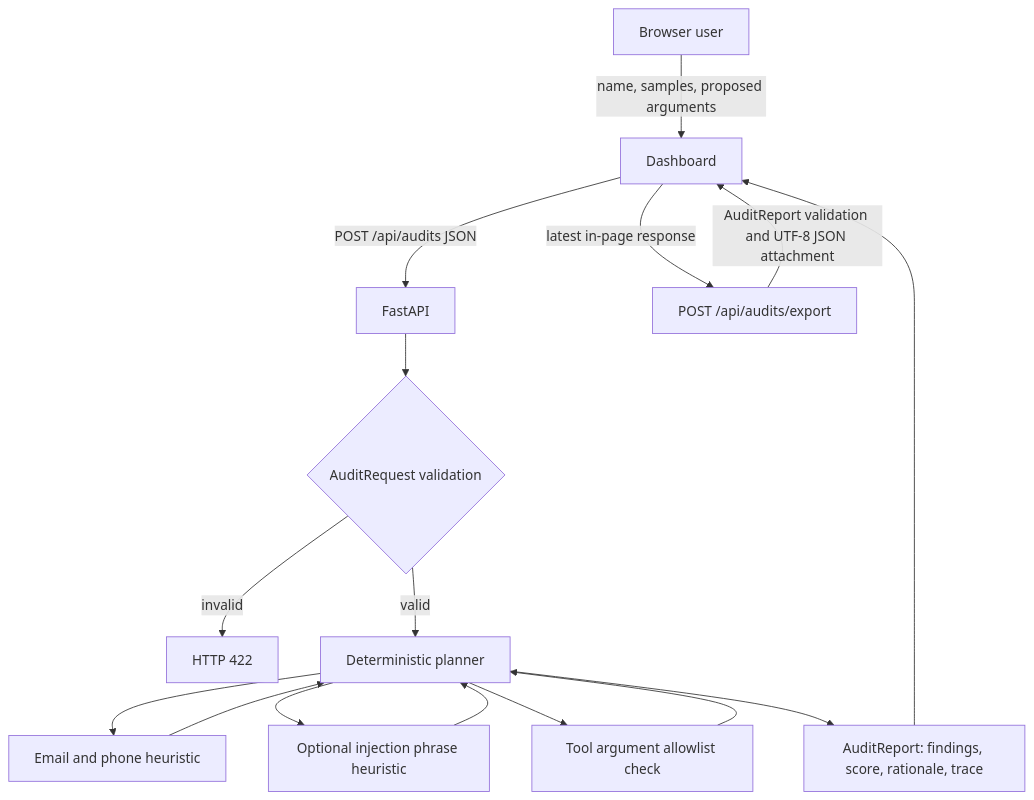
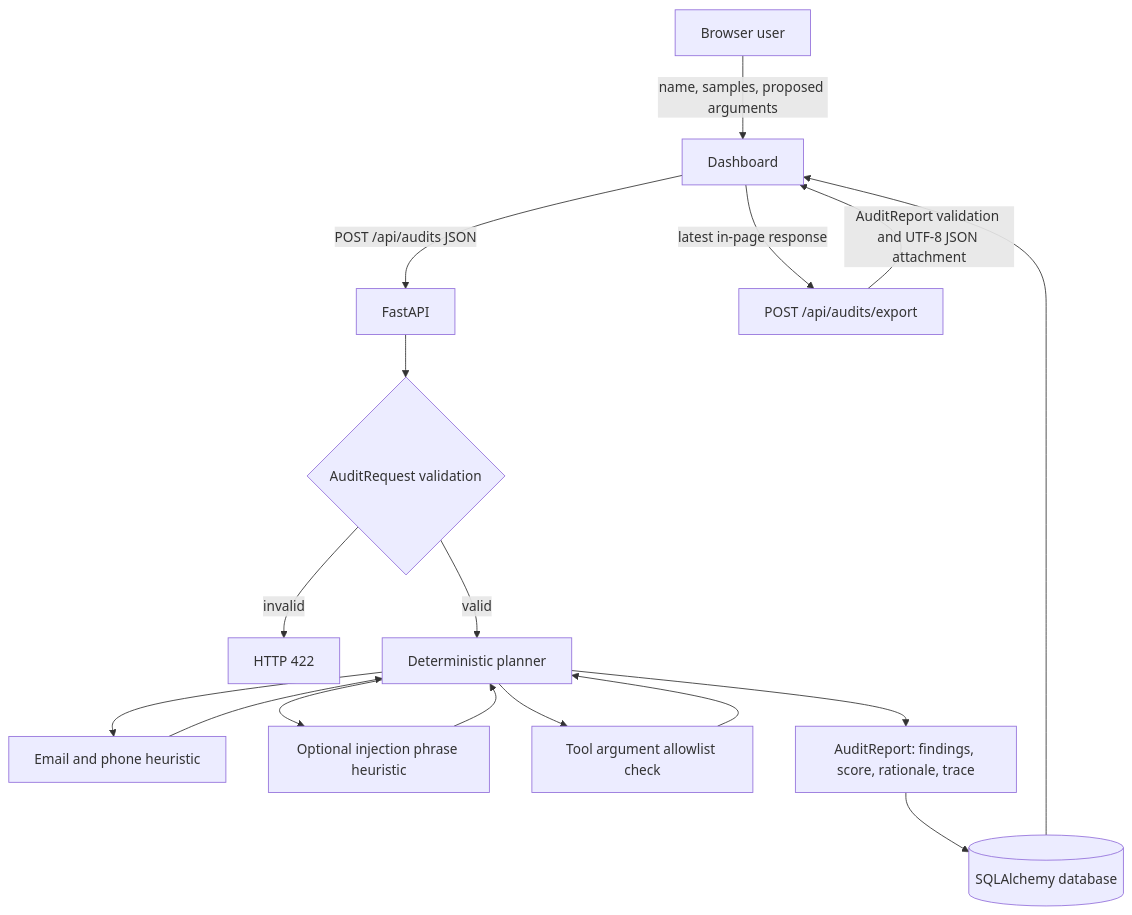
The first of 2 diagrams in docs/architecture.md (Nanduposina/trustworthy-ai-agent-privacy-audit), drawn with Mermaid before and after one commit. The commit also changed other lines of this file and 17 other files, not shown here.

````diff
--- a/docs/architecture.md
+++ b/docs/architecture.md
@@ -16,18 +22,19 @@
 ```mermaid
 flowchart TD
     U[Browser user] -->|name, samples, proposed arguments| D[Dashboard]
     D -->|POST /api/audits JSON| A[FastAPI]
     A --> V{AuditRequest validation}
     V -->|invalid| X[HTTP 422]
     V -->|valid| P[Deterministic planner]
     P --> S[Email and phone heuristic]
     P --> I[Optional injection phrase heuristic]
     P --> T[Tool argument allowlist check]
     S --> P
     I --> P
     T --> P
     P --> R[AuditReport: findings, score, rationale, trace]
-    R --> D
+    R --> DB[(SQLAlchemy database)]
+    DB --> D
     D -->|latest in-page response| E[POST /api/audits/export]
     E -->|AuditReport validation and UTF-8 JSON attachment| D
 ```
````
